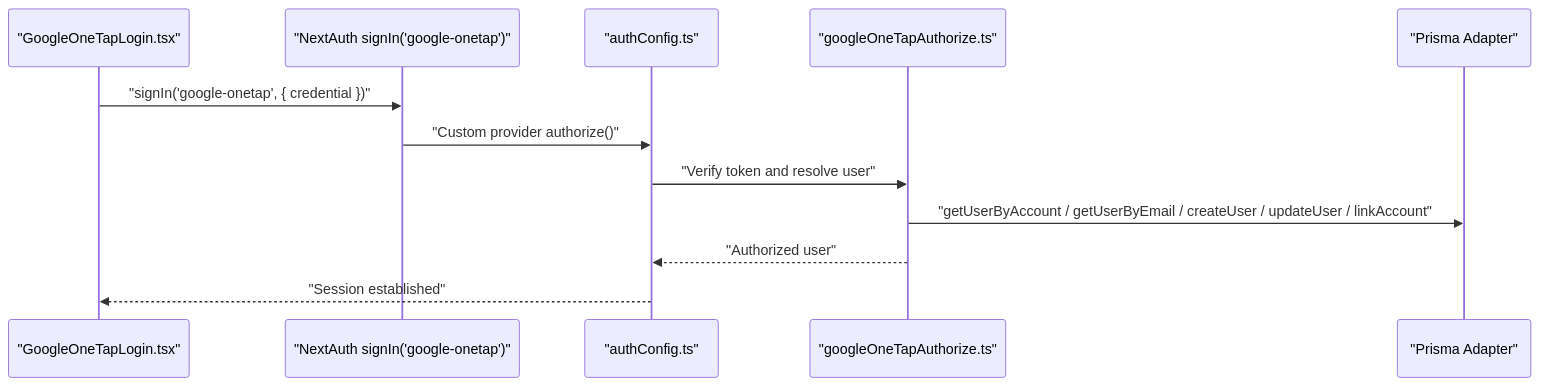
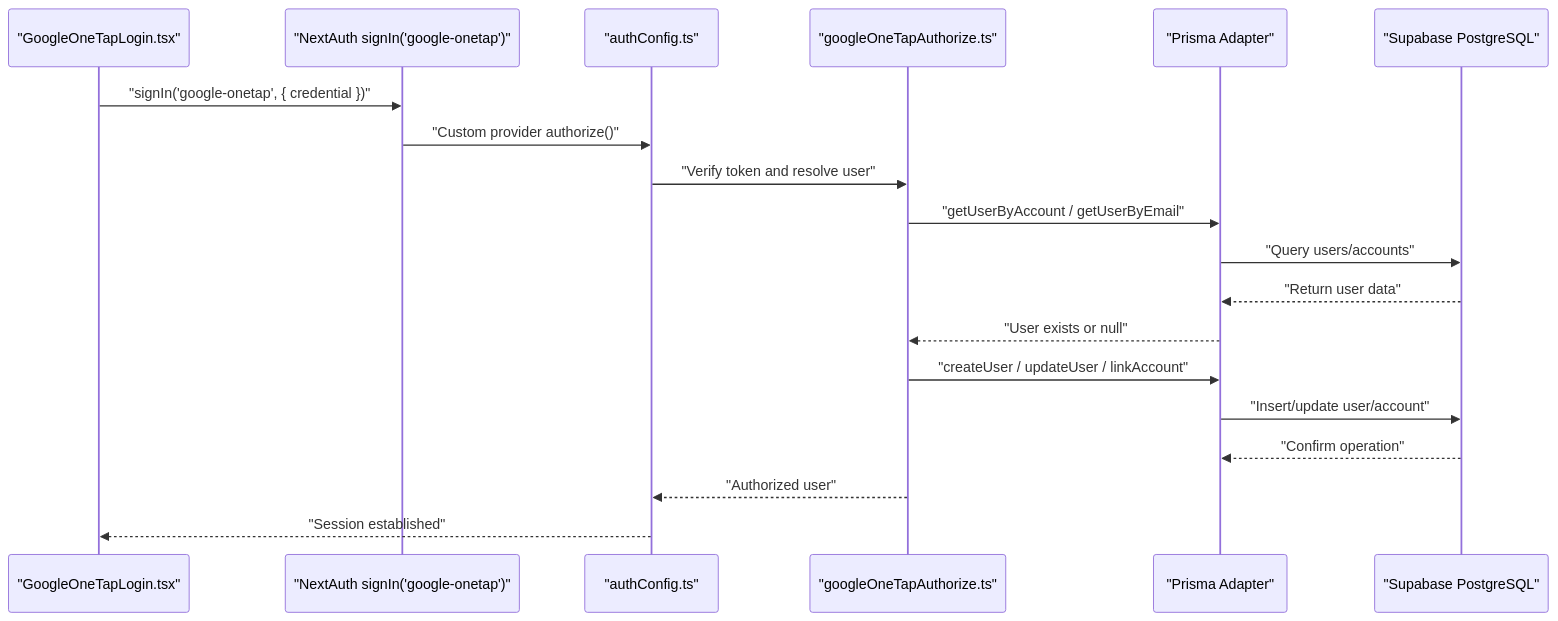
The fourth of 6 diagrams in .qoder/repowiki/en/content/Authentication & Authorization.md (AlexKutz/math-app-next-js), drawn with Mermaid before and after one commit. The commit also changed other lines of this file and 9 other files, not shown here.

````diff
--- a/.qoder/repowiki/en/content/Authentication & Authorization.md
+++ b/.qoder/repowiki/en/content/Authentication & Authorization.md
@@ -221,14 +256,21 @@
 ```mermaid
 sequenceDiagram
 participant Client as "GoogleOneTapLogin.tsx"
 participant Actions as "NextAuth signIn('google-onetap')"
 participant Auth as "authConfig.ts"
 participant Util as "googleOneTapAuthorize.ts"
 participant Adapter as "Prisma Adapter"
+participant DB as "Supabase PostgreSQL"
 Client->>Actions : "signIn('google-onetap', { credential })"
 Actions->>Auth : "Custom provider authorize()"
 Auth->>Util : "Verify token and resolve user"
-Util->>Adapter : "getUserByAccount / getUserByEmail / createUser / updateUser / linkAccount"
+Util->>Adapter : "getUserByAccount / getUserByEmail"
+Adapter->>DB : "Query users/accounts"
+DB-->>Adapter : "Return user data"
+Adapter-->>Util : "User exists or null"
+Util->>Adapter : "createUser / updateUser / linkAccount"
+Adapter->>DB : "Insert/update user/account"
+DB-->>Adapter : "Confirm operation"
 Util-->>Auth : "Authorized user"
 Auth-->>Client : "Session established"
 ```
````
